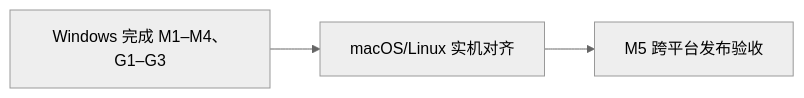
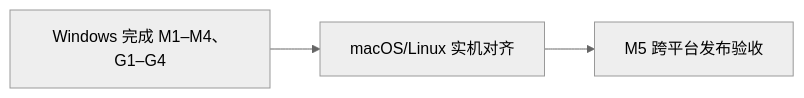
Before and after one commit to SkyJourney/cli-launchpad: the diagram in docs/milestones/0.3.0/cross-platform-alignment.md, drawn with Mermaid (neutral theme). The commit also changed other lines of this file and 32 other files, not shown here.

````diff
--- a/docs/milestones/0.3.0/cross-platform-alignment.md
+++ b/docs/milestones/0.3.0/cross-platform-alignment.md
@@ -11,4 +11,4 @@
 ```mermaid
 flowchart LR
-    win["Windows 完成 M1–M4、G1–G3"] --> align["macOS/Linux 实机对齐"] --> m5["M5 跨平台发布验收"]
+    win["Windows 完成 M1–M4、G1–G4"] --> align["macOS/Linux 实机对齐"] --> m5["M5 跨平台发布验收"]
 ```
````
